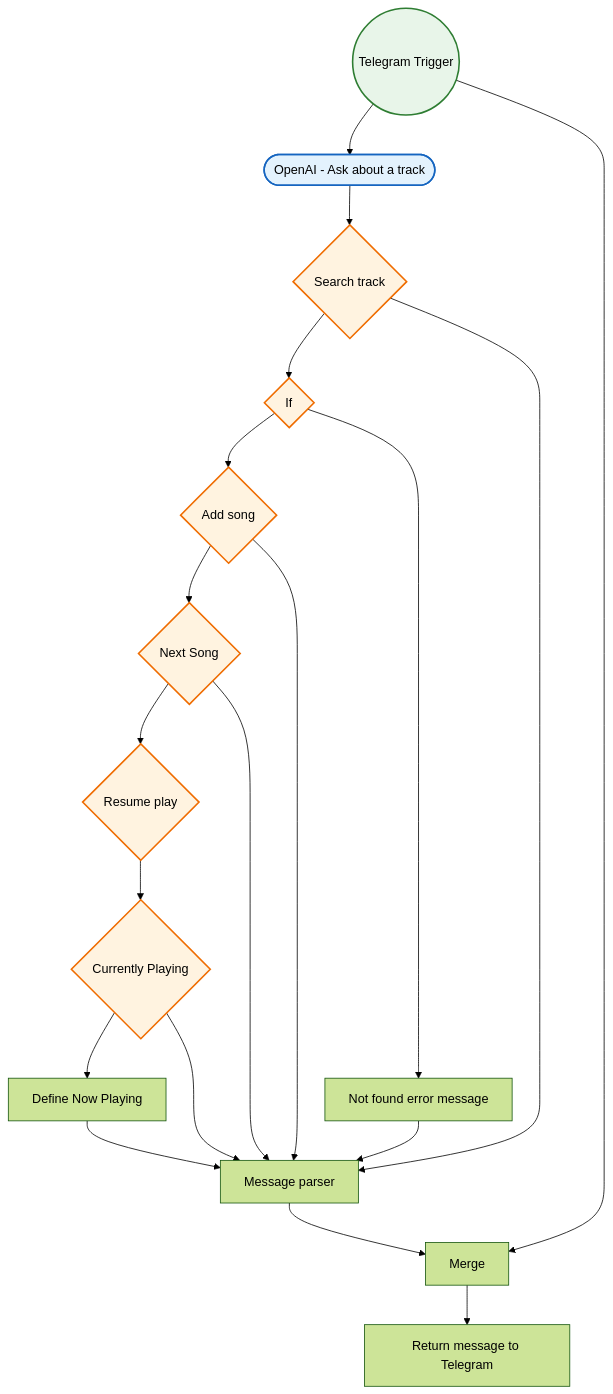
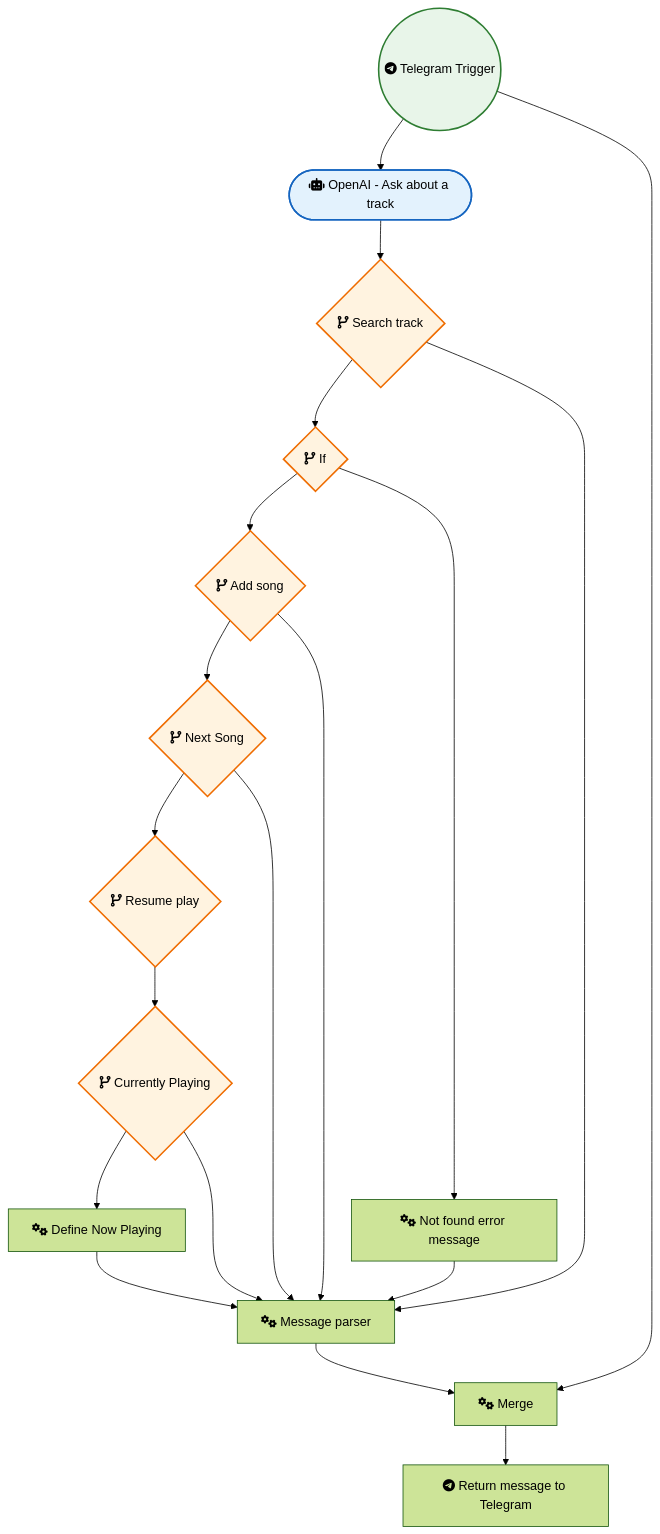
The diagram in Telegram/Play with Spotify From Telegram.md (sreyash3105/N8N-DEMO-AUTOMATIONS), drawn with Mermaid (forest theme) before and after one commit. The commit also changed 291 other files, not shown here.

````diff
--- a/Telegram/Play with Spotify From Telegram.md
+++ b/Telegram/Play with Spotify From Telegram.md
@@ -1,39 +1,39 @@
 ```mermaid
 graph TD
     classDef trigger fill:#e8f5e9,stroke:#2e7d32,stroke-width:2px;
     classDef ai fill:#e3f2fd,stroke:#1565c0,stroke-width:2px;
     classDef logic fill:#fff3e0,stroke:#ef6c00,stroke-width:2px;
 
-    Telegram_Trigger(("Telegram Trigger")):::trigger
-    OpenAI___Ask_about_a_track(["OpenAI - Ask about a track"]):::ai
-    Search_track{"Search track"}:::logic
-    Add_song{"Add song"}:::logic
-    Next_Song{"Next Song"}:::logic
-    Resume_play{"Resume play"}:::logic
-    Currently_Playing{"Currently Playing"}:::logic
-    Merge["Merge"]
-    If{"If"}:::logic
-    Message_parser["Message parser"]
-    Not_found_error_message["Not found error message"]
-    Return_message_to_Telegram["Return message to Telegram"]
-    Define_Now_Playing["Define Now Playing"]
+    Telegram_Trigger(("fab:fa-telegram Telegram Trigger")):::trigger
+    OpenAI___Ask_about_a_track(["fas:fa-robot OpenAI - Ask about a track"]):::ai
+    Search_track{"fas:fa-code-branch Search track"}:::logic
+    Add_song{"fas:fa-code-branch Add song"}:::logic
+    Next_Song{"fas:fa-code-branch Next Song"}:::logic
+    Resume_play{"fas:fa-code-branch Resume play"}:::logic
+    Currently_Playing{"fas:fa-code-branch Currently Playing"}:::logic
+    Merge["fas:fa-cogs Merge"]
+    If{"fas:fa-code-branch If"}:::logic
+    Message_parser["fas:fa-cogs Message parser"]
+    Not_found_error_message["fas:fa-cogs Not found error message"]
+    Return_message_to_Telegram["fab:fa-telegram Return message to Telegram"]
+    Define_Now_Playing["fas:fa-cogs Define Now Playing"]
 
     If --> Add_song
     If --> Not_found_error_message
     Merge --> Return_message_to_Telegram
     Add_song --> Next_Song
     Add_song --> Message_parser
     Next_Song --> Resume_play
     Next_Song --> Message_parser
     Resume_play --> Currently_Playing
     Search_track --> If
     Search_track --> Message_parser
     Message_parser --> Merge
     Telegram_Trigger --> OpenAI___Ask_about_a_track
     Telegram_Trigger --> Merge
     Currently_Playing --> Define_Now_Playing
     Currently_Playing --> Message_parser
     Define_Now_Playing --> Message_parser
     Not_found_error_message --> Message_parser
     OpenAI___Ask_about_a_track --> Search_track
 ```
````
